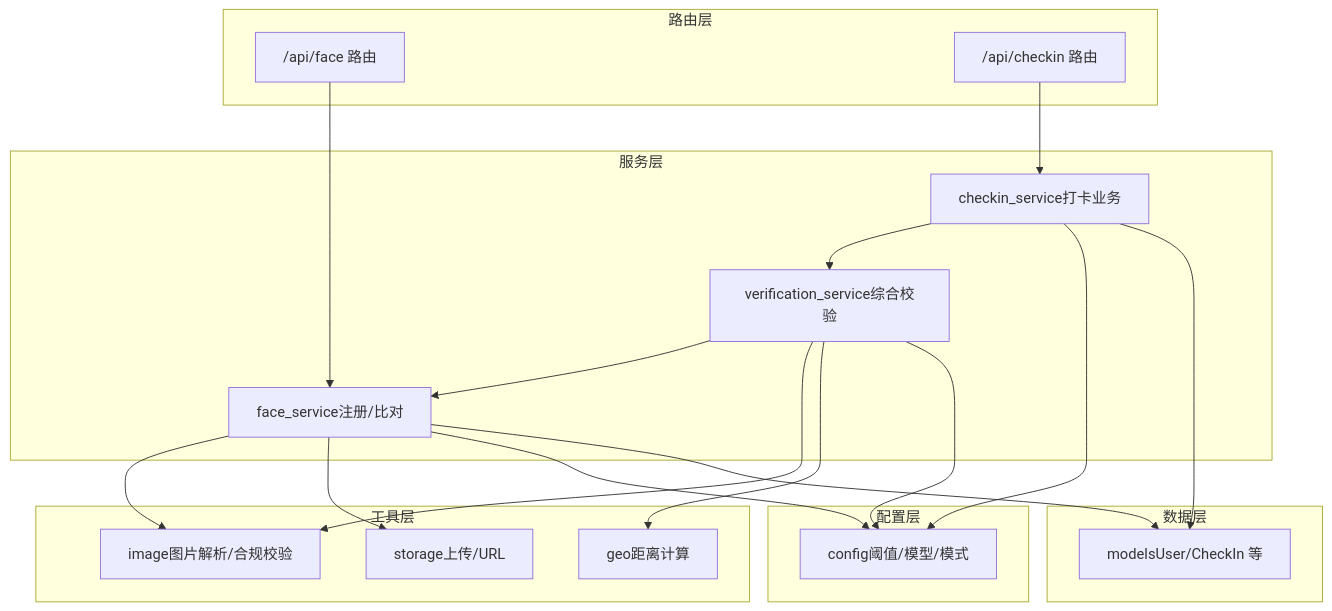
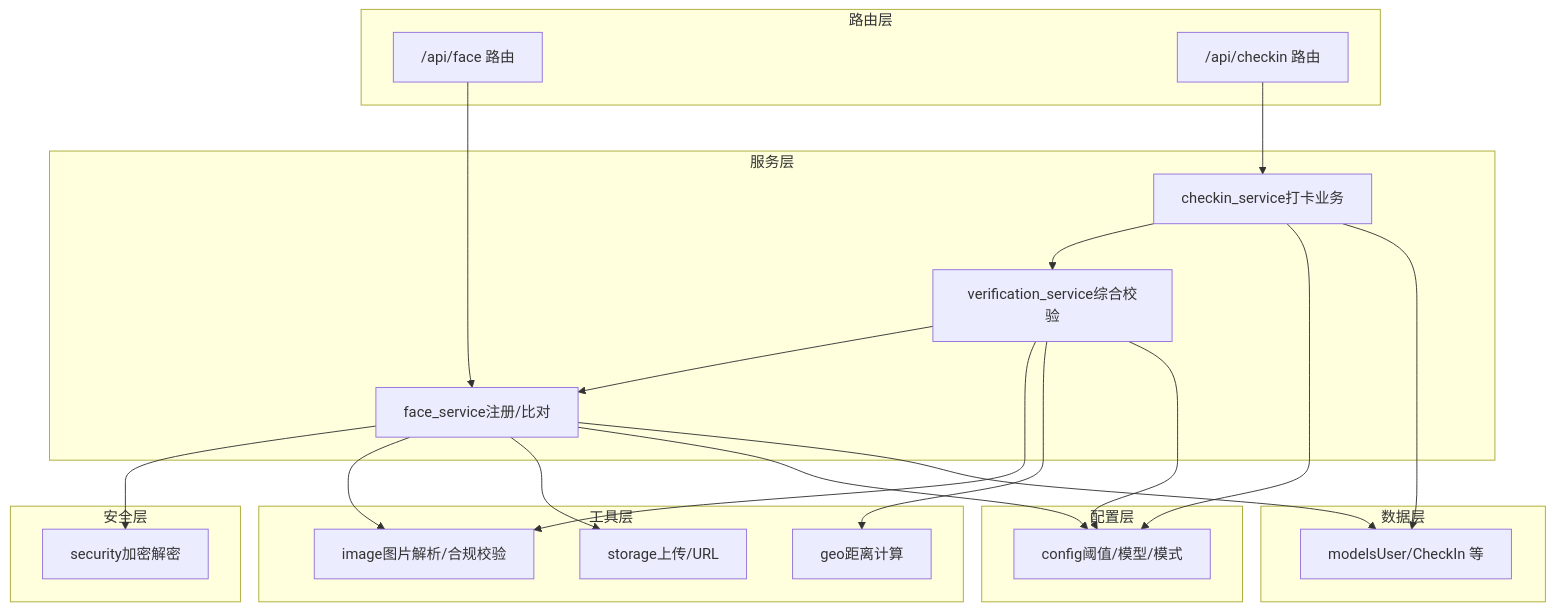
The first of 7 diagrams in .qoder/repowiki/zh/content/暑假作业打卡系统/后端服务架构/服务层架构/人脸识别服务.md (onebody/homework), drawn with Mermaid before and after one commit. The commit also changed other lines of this file and 14 other files, not shown here.

````diff
--- a/.qoder/repowiki/zh/content/暑假作业打卡系统/后端服务架构/服务层架构/人脸识别服务.md
+++ b/.qoder/repowiki/zh/content/暑假作业打卡系统/后端服务架构/服务层架构/人脸识别服务.md
@@ -40,36 +51,40 @@
 ```mermaid
 graph TB
 subgraph "路由层"
 R_face["/api/face 路由"]
 R_checkin["/api/checkin 路由"]
 end
 subgraph "服务层"
 S_face["face_service注册/比对"]
 S_verify["verification_service综合校验"]
 S_checkin["checkin_service打卡业务"]
+end
+subgraph "安全层"
+SEC_security["security加密解密"]
 end
 subgraph "工具层"
 U_image["image图片解析/合规校验"]
 U_storage["storage上传/URL"]
 U_geo["geo距离计算"]
 end
 subgraph "配置层"
 C_cfg["config阈值/模型/模式"]
 end
 subgraph "数据层"
 M_models["modelsUser/CheckIn 等"]
 end
 R_face --> S_face
 R_checkin --> S_checkin
 S_checkin --> S_verify
 S_verify --> S_face
+S_face --> SEC_security
 S_face --> U_image
 S_face --> U_storage
 S_verify --> U_image
 S_verify --> U_geo
 S_face --> C_cfg
 S_verify --> C_cfg
 S_checkin --> C_cfg
 S_face --> M_models
 S_checkin --> M_models
 ```
````
